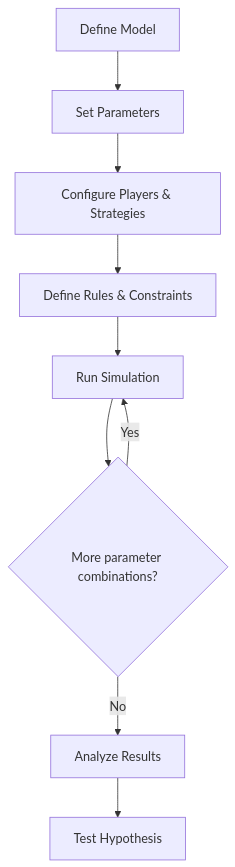
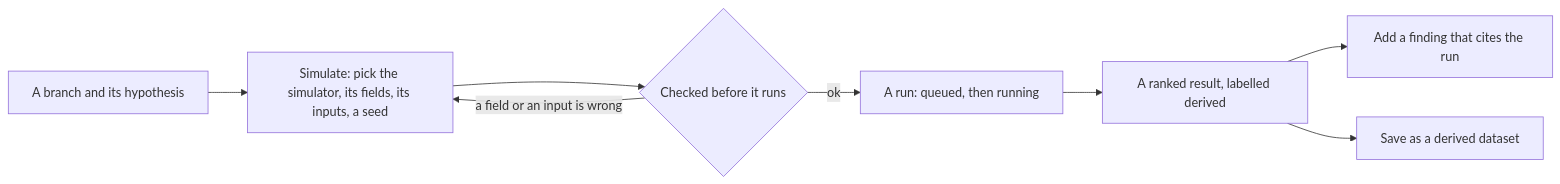
One commit to invana/invana changed the diagram in docs/docs/concepts/simulations.md. Above: the diagram before and after it, drawn with Mermaid. The commit also changed other lines of this file and 425 other files, not shown here.

````diff
--- a/docs/docs/concepts/simulations.md
+++ b/docs/docs/concepts/simulations.md
@@ -9,11 +7,10 @@
 ```mermaid
-flowchart TD
-    A[Define Model] --> B[Set Parameters]
-    B --> C[Configure Players & Strategies]
-    C --> D[Define Rules & Constraints]
-    D --> E[Run Simulation]
-    E --> F{More parameter combinations?}
-    F -->|Yes| E
-    F -->|No| G[Analyze Results]
-    G --> H[Test Hypothesis]
+flowchart LR
+    B[A branch and its hypothesis] --> S[Simulate: pick the simulator, its fields, its inputs, a seed]
+    S --> C{Checked before it runs}
+    C -->|a field or an input is wrong| S
+    C -->|ok| R[A run: queued, then running]
+    R --> O[A ranked result, labelled derived]
+    O --> F[Add a finding that cites the run]
+    O --> D[Save as a derived dataset]
 ```
````
